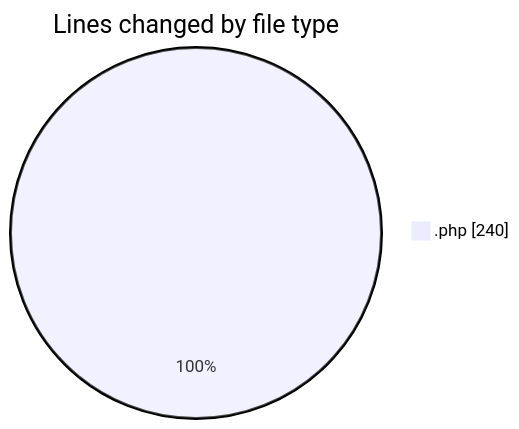
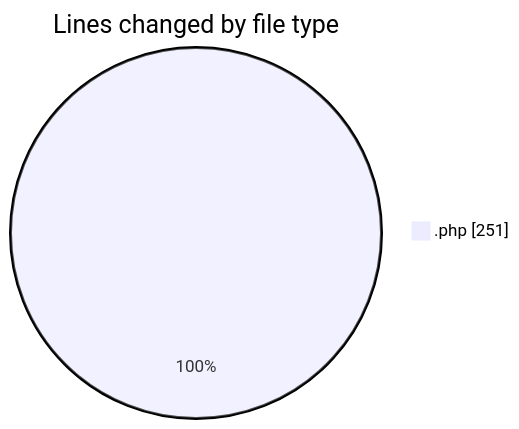
The first of 2 diagrams in 2025-05-25/bookingpodcas/README.md (idhammustaqopulfikri/code-tracking), drawn with Mermaid before and after one commit. The commit also changed other lines of this file and 1 other file, not shown here.

````diff
--- a/2025-05-25/bookingpodcas/README.md
+++ b/2025-05-25/bookingpodcas/README.md
@@ -23,5 +24,5 @@
 ```mermaid
 pie showData
 title Lines changed by file type
-".php" : 240
+".php" : 251
 ```
````
